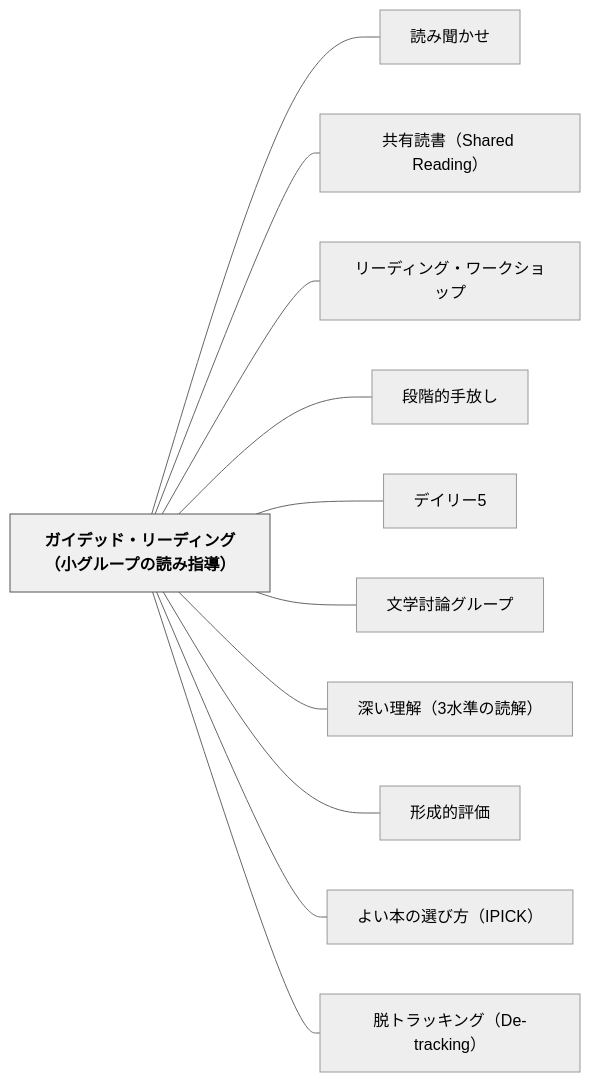
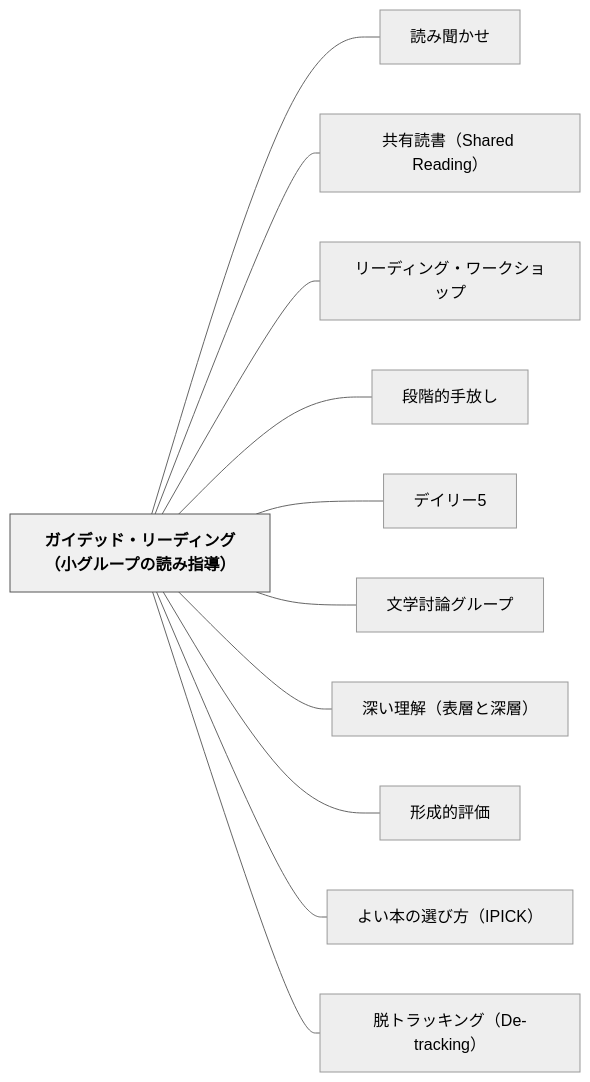
Before and after one commit to unknownthings-ed-patterns/unknownthings-ed-patterns: the diagram in content/パタン/ガイデッド・リーディング（小グループの読み指導）.md, drawn with Mermaid (neutral theme). The commit also changed other lines of this file and 26 other files, not shown here.

````diff
--- a/content/パタン/ガイデッド・リーディング（小グループの読み指導）.md
+++ b/content/パタン/ガイデッド・リーディング（小グループの読み指導）.md
@@ -130,28 +130,28 @@
 ```mermaid
 flowchart LR
     ne382ace382a4e38387e38383e38389e383bbe383aae383bce38387e382a3e383b3e382b0efbc88e5b08fe382b0e383abe383bce38397e381aee8aaade381bfe68c87e5b08eefbc89["ガイデッド・リーディング（小グループの読み指導）"]
     ne8aaade381bfe8819ee3818be3819b["読み聞かせ"]
     ne585b1e69c89e8aaade69bb8efbc885368617265642052656164696e67efbc89["共有読書（Shared Reading）"]
     ne383aae383bce38387e382a3e383b3e382b0e383bbe383afe383bce382afe382b7e383a7e38383e38397["リーディング・ワークショップ"]
     ne6aeb5e99a8ee79a84e6898be694bee38197["段階的手放し"]
     ne38387e382a4e383aae383bc35["デイリー5"]
     ne69687e5ada6e8a88ee8ab96e382b0e383abe383bce38397["文学討論グループ"]
-    ne6b7b1e38184e79086e8a7a3efbc8833e6b0b4e6ba96e381aee8aaade8a7a3efbc89["深い理解（3水準の読解）"]
+    ne6b7b1e38184e79086e8a7a3efbc88e8a1a8e5b1a4e381a8e6b7b1e5b1a4efbc89["深い理解（表層と深層）"]
     ne5bda2e68890e79a84e8a995e4bea1["形成的評価"]
     ne38288e38184e69cace381aee981b8e381b3e696b9efbc88495049434befbc89["よい本の選び方（IPICK）"]
     ne884b1e38388e383a9e38383e382ade383b3e382b0efbc8844652d747261636b696e67efbc89["脱トラッキング（De-tracking）"]
 
     ne382ace382a4e38387e38383e38389e383bbe383aae383bce38387e382a3e383b3e382b0efbc88e5b08fe382b0e383abe383bce38397e381aee8aaade381bfe68c87e5b08eefbc89 --- ne8aaade381bfe8819ee3818be3819b
     ne382ace382a4e38387e38383e38389e383bbe383aae383bce38387e382a3e383b3e382b0efbc88e5b08fe382b0e383abe383bce38397e381aee8aaade381bfe68c87e5b08eefbc89 --- ne585b1e69c89e8aaade69bb8efbc885368617265642052656164696e67efbc89
     ne382ace382a4e38387e38383e38389e383bbe383aae383bce38387e382a3e383b3e382b0efbc88e5b08fe382b0e383abe383bce38397e381aee8aaade381bfe68c87e5b08eefbc89 --- ne383aae383bce38387e382a3e383b3e382b0e383bbe383afe383bce382afe382b7e383a7e38383e38397
     ne382ace382a4e38387e38383e38389e383bbe383aae383bce38387e382a3e383b3e382b0efbc88e5b08fe382b0e383abe383bce38397e381aee8aaade381bfe68c87e5b08eefbc89 --- ne6aeb5e99a8ee79a84e6898be694bee38197
     ne382ace382a4e38387e38383e38389e383bbe383aae383bce38387e382a3e383b3e382b0efbc88e5b08fe382b0e383abe383bce38397e381aee8aaade381bfe68c87e5b08eefbc89 --- ne38387e382a4e383aae383bc35
     ne382ace382a4e38387e38383e38389e383bbe383aae383bce38387e382a3e383b3e382b0efbc88e5b08fe382b0e383abe383bce38397e381aee8aaade381bfe68c87e5b08eefbc89 --- ne69687e5ada6e8a88ee8ab96e382b0e383abe383bce38397
-    ne382ace382a4e38387e38383e38389e383bbe383aae383bce38387e382a3e383b3e382b0efbc88e5b08fe382b0e383abe383bce38397e381aee8aaade381bfe68c87e5b08eefbc89 --- ne6b7b1e38184e79086e8a7a3efbc8833e6b0b4e6ba96e381aee8aaade8a7a3efbc89
+    ne382ace382a4e38387e38383e38389e383bbe383aae383bce38387e382a3e383b3e382b0efbc88e5b08fe382b0e383abe383bce38397e381aee8aaade381bfe68c87e5b08eefbc89 --- ne6b7b1e38184e79086e8a7a3efbc88e8a1a8e5b1a4e381a8e6b7b1e5b1a4efbc89
     ne382ace382a4e38387e38383e38389e383bbe383aae383bce38387e382a3e383b3e382b0efbc88e5b08fe382b0e383abe383bce38397e381aee8aaade381bfe68c87e5b08eefbc89 --- ne5bda2e68890e79a84e8a995e4bea1
     ne382ace382a4e38387e38383e38389e383bbe383aae383bce38387e382a3e383b3e382b0efbc88e5b08fe382b0e383abe383bce38397e381aee8aaade381bfe68c87e5b08eefbc89 --- ne38288e38184e69cace381aee981b8e381b3e696b9efbc88495049434befbc89
     ne382ace382a4e38387e38383e38389e383bbe383aae383bce38387e382a3e383b3e382b0efbc88e5b08fe382b0e383abe383bce38397e381aee8aaade381bfe68c87e5b08eefbc89 --- ne884b1e38388e383a9e38383e382ade383b3e382b0efbc8844652d747261636b696e67efbc89
 
     classDef hub fill:#f0f0f0,stroke:#555,color:#000,font-weight:bold
     class ne382ace382a4e38387e38383e38389e383bbe383aae383bce38387e382a3e383b3e382b0efbc88e5b08fe382b0e383abe383bce38397e381aee8aaade381bfe68c87e5b08eefbc89 hub
 ```
````
